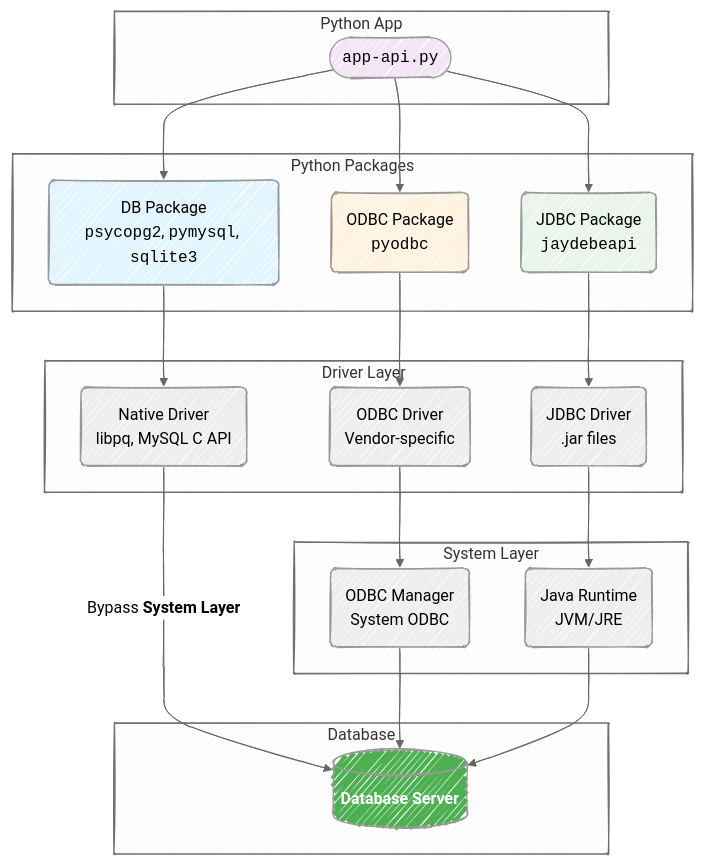
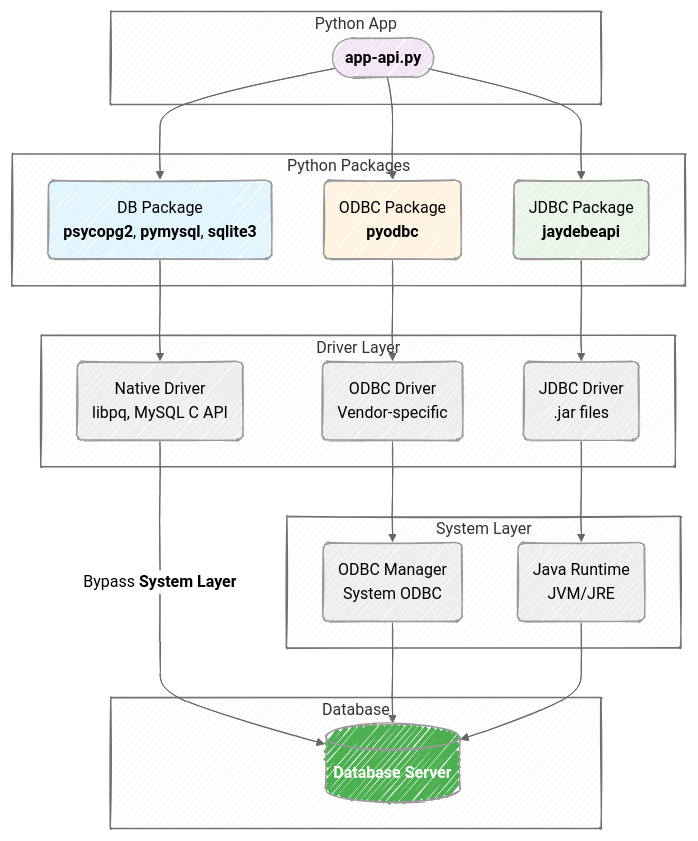
Before and after one commit to mjfrigaard/do4ds-labs: the first of 6 diagrams in lab3.qmd, drawn with Mermaid. The commit also changed other lines of this file and 34 other files, not shown here.

Commit message:
updates to mermaid

````diff
--- a/lab3.qmd
+++ b/lab3.qmd
@@ -58,53 +58,54 @@
 ```{mermaid}
 %%| fig-cap: 'Python DB Connections'
 %%| fig-align: center
 %%{init: {'theme': 'neutral', 'look': 'handDrawn', 'themeVariables': { 'fontFamily': 'monospace'}}}%%
+
 graph TB
     subgraph PyApp["Python App"]
-        PyCode(["<code>app-api.py</code>"])
+        PyCode(["<strong>app-api.py</strong>"])
     end
     
     subgraph PyPkg["Python Packages"]
-        DBPkg("DB Package<br/><code>psycopg2</code>, <code>pymysql</code>, <code>sqlite3</code>")
-        ODBCPkg("ODBC Package<br/><code>pyodbc</code>")
-        JDBCPkg("JDBC Package<br/><code>jaydebeapi</code>")
+        DBPkg("DB Package<br/><strong>psycopg2</strong>, <strong>pymysql</strong>, <strong>sqlite3</strong>")
+        ODBCPkg("ODBC Package<br/><strong>pyodbc</strong>")
+        JDBCPkg("JDBC Package<br/><strong>jaydebeapi</strong>")
     end
     
     subgraph Driver["Driver Layer"]
         NatDrv("Native Driver<br/>libpq, MySQL C API")
         ODBCDrv("ODBC Driver<br/>Vendor-specific")
         JDBCDrv("JDBC Driver<br/>.jar files")
     end
     
     subgraph System["System Layer"]
         ODBCSys("ODBC Manager<br/>System ODBC")
         JAVASys("Java Runtime<br/>JVM/JRE")
     end
     
     subgraph DB["Database"]
         DBServ[("<strong>Database Server</strong>")]
     end
     
     %% Direct pathway (bypasses system layer)
     PyCode --> DBPkg
     DBPkg --> NatDrv
     NatDrv --"`Bypass <strong>System Layer</strong>`"--> DBServ
     
     %% ODBC pathway
     PyCode --> ODBCPkg
     ODBCPkg --> ODBCDrv
     ODBCDrv --> ODBCSys
     ODBCSys --> DBServ
     
     %% JDBC pathway
     PyCode --> JDBCPkg
     JDBCPkg --> JDBCDrv
     JDBCDrv --> JAVASys
     JAVASys --> DBServ
     
     style PyCode fill:#f3e5f5
     style DBPkg fill:#e1f5fe
     style ODBCPkg fill:#fff3e0
     style JDBCPkg fill:#e8f5e8
     style DBServ fill:#4caf50,color:#fff
 ```
````
